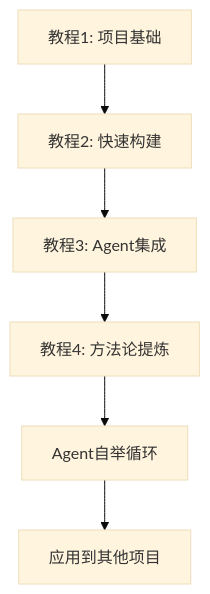
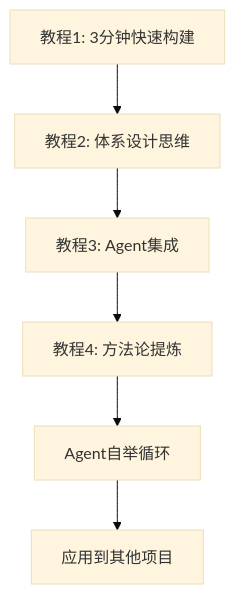
Before and after one commit to live-high/agent-bootstrap-tutorials: the diagram in README.md, drawn with Mermaid (base theme). The commit also changed other lines of this file and 4 other files, not shown here.

````diff
--- a/README.md
+++ b/README.md
@@ -31,8 +31,8 @@
 ```mermaid
 graph TD
-    A[教程1: 项目基础] --> B[教程2: 快速构建]
+    A[教程1: 3分钟快速构建] --> B[教程2: 体系设计思维]
     B --> C[教程3: Agent集成]
     C --> D[教程4: 方法论提炼]
     D --> E[Agent自举循环]
     E --> F[应用到其他项目]
 ```
````
